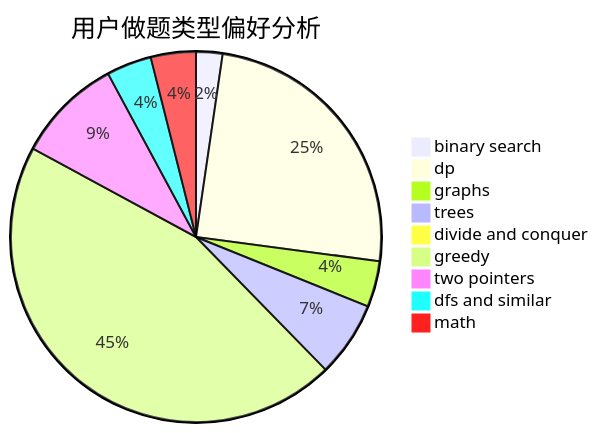
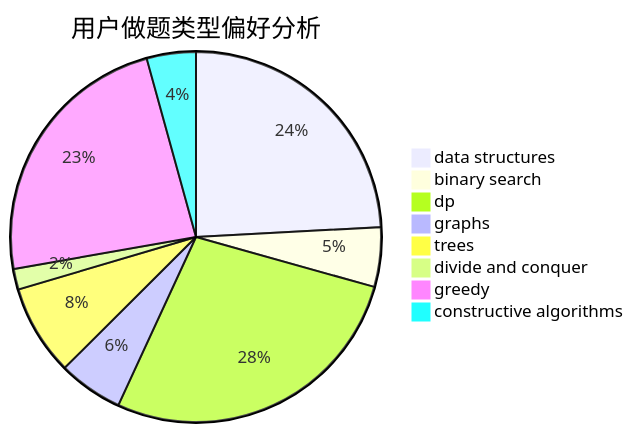
One commit to sherpahu/cfrs.github.io changed the second of 3 diagrams in docs/user/u980.md. Above: the diagram before and after it, drawn with Mermaid. The commit also changed other lines of this file and 2775 other files, not shown here.

````diff
--- a/docs/user/u980.md
+++ b/docs/user/u980.md
@@ -23,12 +23,11 @@
 ```mermaid
 pie title 用户做题类型偏好分析
-    "binary search" :  27
-    "dp" :  290
-    "graphs" :  47
-    "trees" :  77
-    "divide and conquer" :  10
-    "greedy" :  529
-    "two pointers" :  108
-    "dfs and similar" :  46
-    "math" :  46
+    "data structures" :  107
+    "binary search" :  23
+    "dp" :  122
+    "graphs" :  25
+    "trees" :  35
+    "divide and conquer" :  8
+    "greedy" :  104
+    "constructive algorithms" :  19
 ```
````
